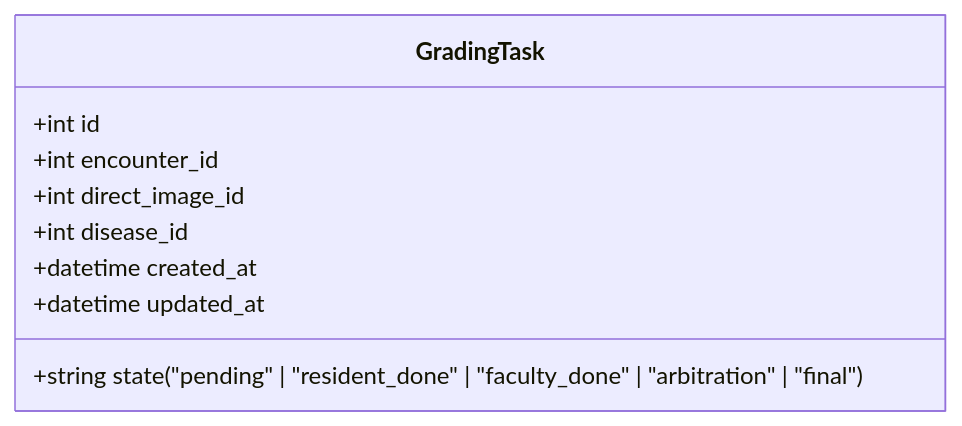
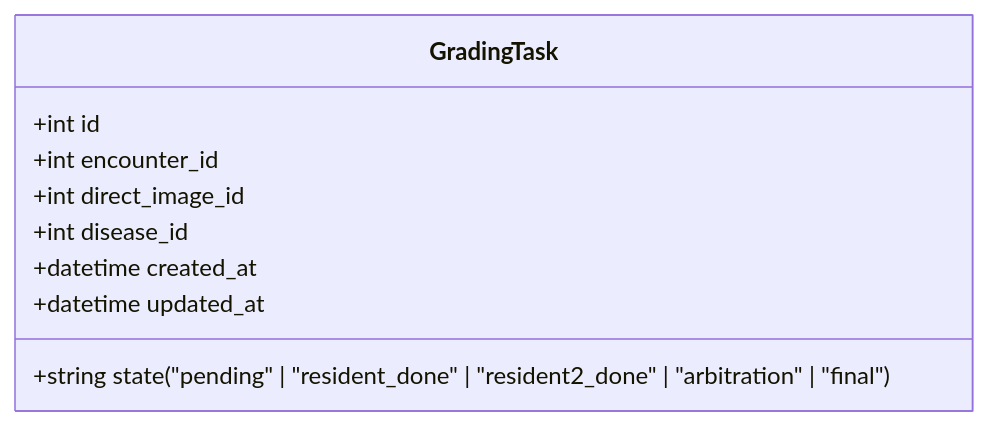
One commit to drguptavivek/fundus_img_xtract changed the first of 5 diagrams in docs/04-Grade/flowdiagram.md. Above: the diagram before and after it, drawn with Mermaid. The commit also changed other lines of this file and 98 other files, not shown here.

````diff
--- a/docs/04-Grade/flowdiagram.md
+++ b/docs/04-Grade/flowdiagram.md
@@ -45,12 +45,12 @@
 ```mermaid
 classDiagram
     class GradingTask {
         +int id
         +int encounter_id
         +int direct_image_id
         +int disease_id
-        +string state ("pending" | "resident_done" | "faculty_done" | "arbitration" | "final")
+        +string state ("pending" | "resident_done" | "resident2_done" | "arbitration" | "final")
         +datetime created_at
         +datetime updated_at
     }
 ```
````
